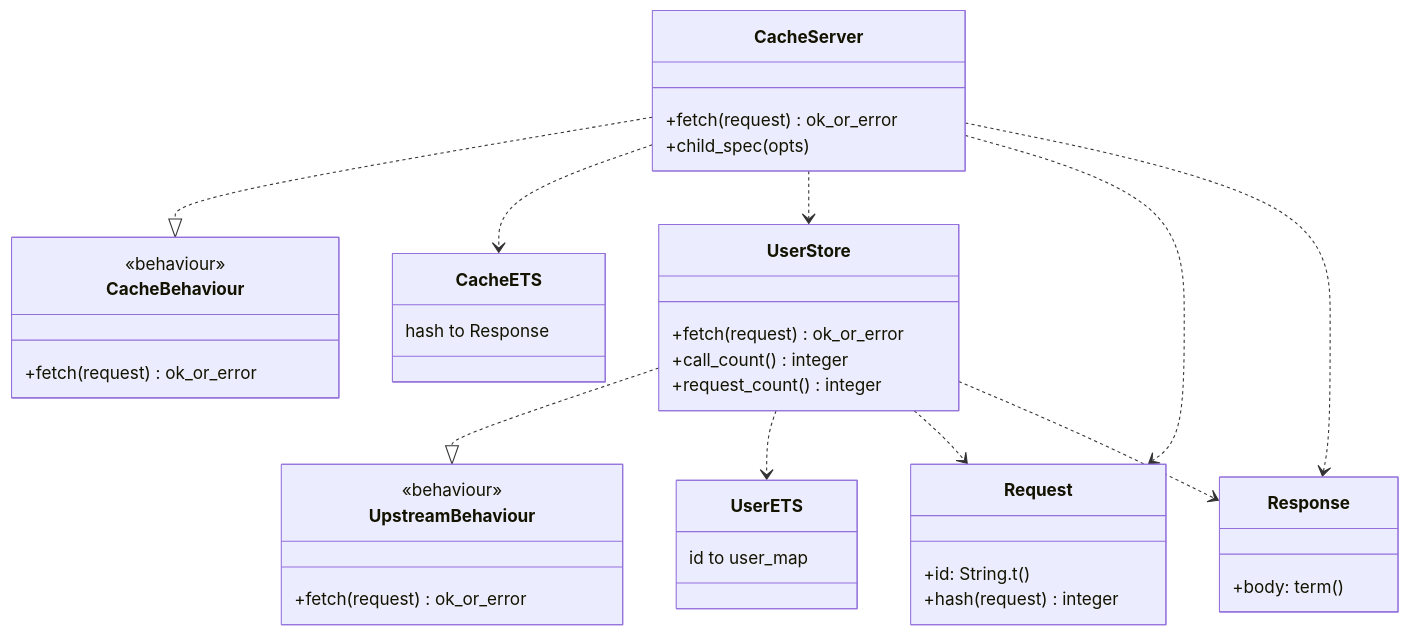
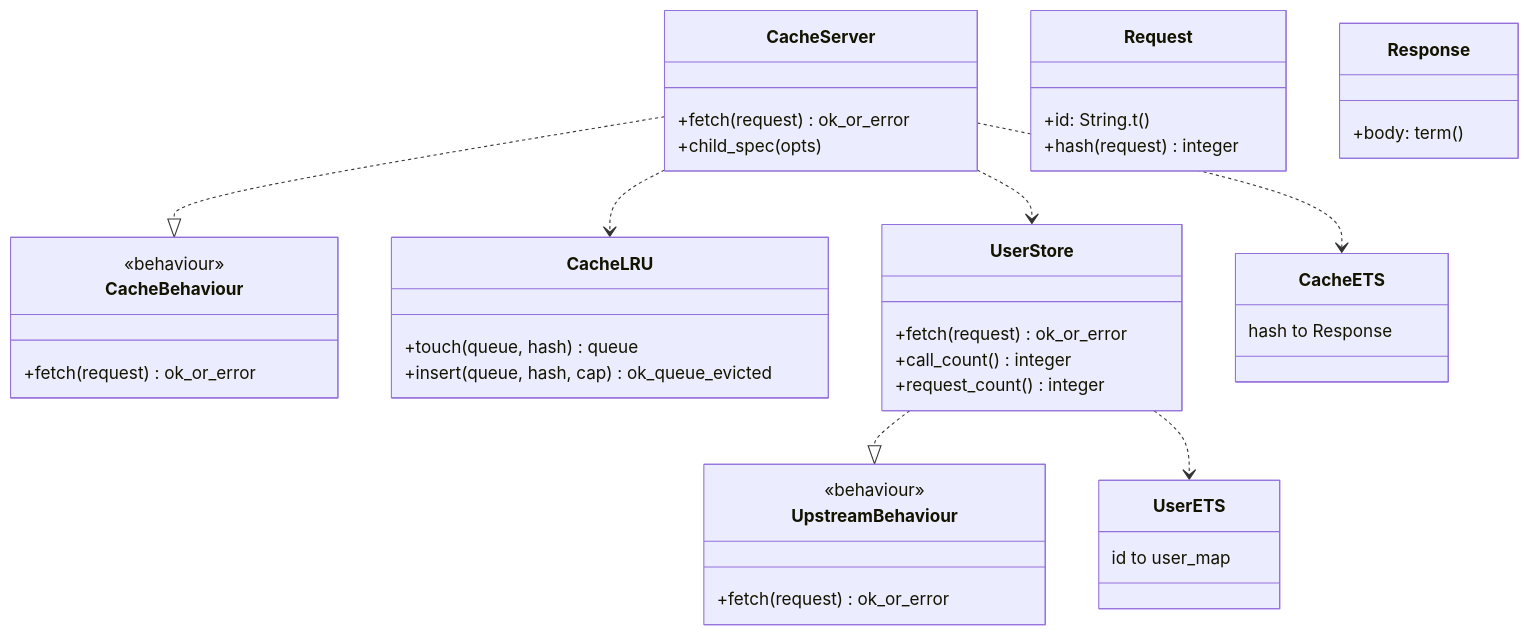
One commit to muzamilarshad/appwork_cache changed the second of 2 diagrams in docs/architecture.md. Above: the diagram before and after it, drawn with Mermaid. The commit also changed other lines of this file and 1 other file, not shown here.

Commit message:
docs(v2): update architecture diagram and README

````diff
--- a/docs/architecture.md
+++ b/docs/architecture.md
@@ -17,42 +19,43 @@
 ```mermaid
 classDiagram
   class CacheBehaviour {
     <<behaviour>>
     +fetch(request) ok_or_error
   }
   class CacheServer {
     +fetch(request) ok_or_error
     +child_spec(opts)
+  }
+  class CacheLRU {
+    +touch(queue, hash) queue
+    +insert(queue, hash, cap) ok_queue_evicted
   }
   class UpstreamBehaviour {
     <<behaviour>>
     +fetch(request) ok_or_error
   }
   class UserStore {
     +fetch(request) ok_or_error
     +call_count() integer
     +request_count() integer
   }
   class Request {
     +id: String.t()
     +hash(request) integer
   }
   class Response {
     +body: term()
   }
   class CacheETS {
     hash to Response
   }
   class UserETS {
     id to user_map
   }
   CacheServer ..|> CacheBehaviour
   UserStore ..|> UpstreamBehaviour
+  CacheServer ..> CacheLRU
   CacheServer ..> CacheETS
   CacheServer ..> UserStore
   UserStore ..> UserETS
-  CacheServer ..> Request
-  CacheServer ..> Response
-  UserStore ..> Request
-  UserStore ..> Response
 ```
````
